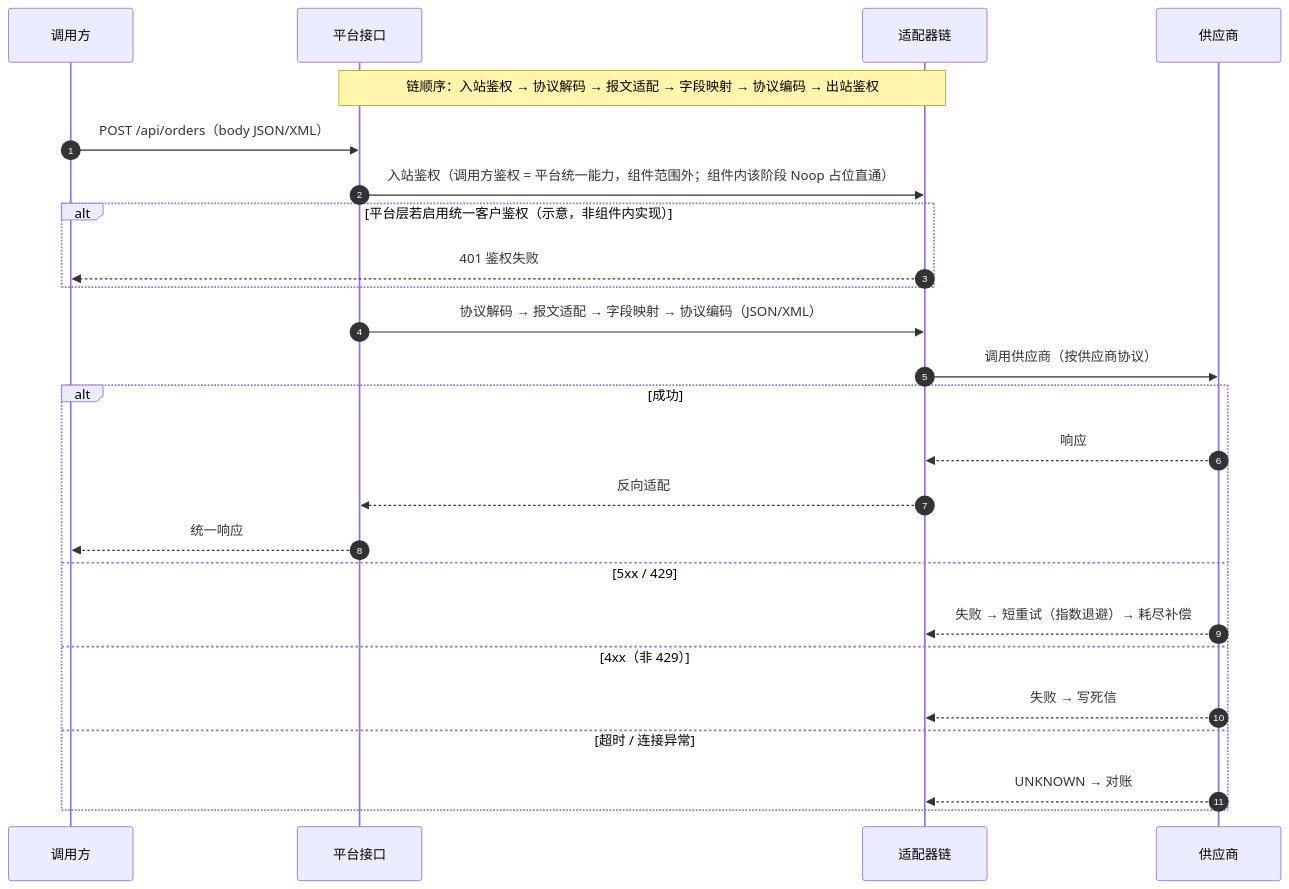
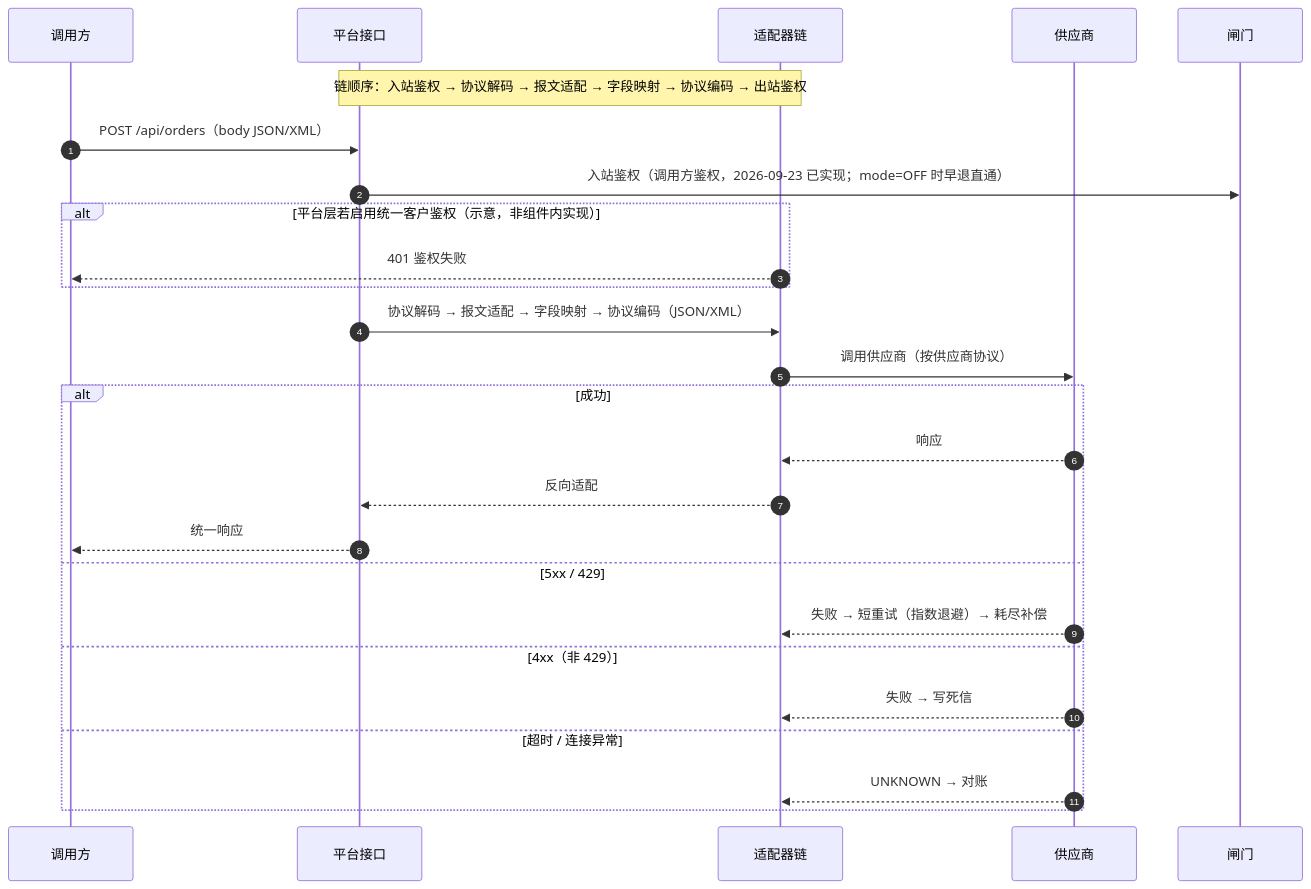
The second of 4 diagrams in src/main/resources/doc/API中心时序图与流程图.md (HelloWorldKing1/apicenter), drawn with Mermaid before and after one commit. The commit also changed other lines of this file and 8 other files, not shown here.

````diff
--- a/src/main/resources/doc/API中心时序图与流程图.md
+++ b/src/main/resources/doc/API中心时序图与流程图.md
@@ -35,28 +35,28 @@
 ```mermaid
 sequenceDiagram
     autonumber
     participant 调用方 as 调用方
     participant GW as 平台接口
     participant 链 as 适配器链
     participant SP as 供应商
 
     Note over GW,链: 链顺序：入站鉴权 → 协议解码 → 报文适配 → 字段映射 → 协议编码 → 出站鉴权
     调用方->>GW: POST /api/orders（body JSON/XML）
-    GW->>链: 入站鉴权（调用方鉴权 = 平台统一能力，组件范围外；组件内该阶段 Noop 占位直通）
+    GW->>闸门: 入站鉴权（调用方鉴权，2026-09-23 已实现；mode=OFF 时早退直通）
     alt 平台层若启用统一客户鉴权（示意，非组件内实现）
         链-->>调用方: 401 鉴权失败
     end
     GW->>链: 协议解码 → 报文适配 → 字段映射 → 协议编码（JSON/XML）
     链->>SP: 调用供应商（按供应商协议）
     alt 成功
         SP-->>链: 响应
         链-->>GW: 反向适配
         GW-->>调用方: 统一响应
     else 5xx / 429
         SP-->>链: 失败 → 短重试（指数退避）→ 耗尽补偿
     else 4xx（非 429）
         SP-->>链: 失败 → 写死信
     else 超时 / 连接异常
         SP-->>链: UNKNOWN → 对账
     end
 ```
````
